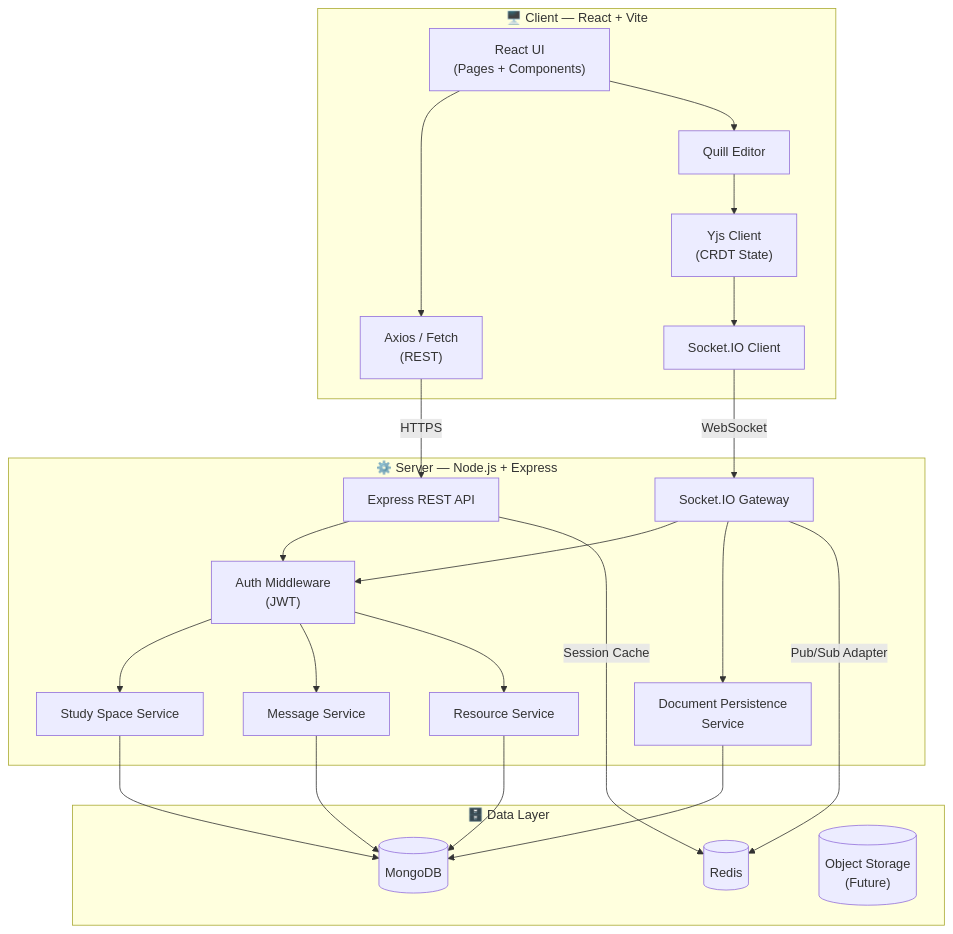
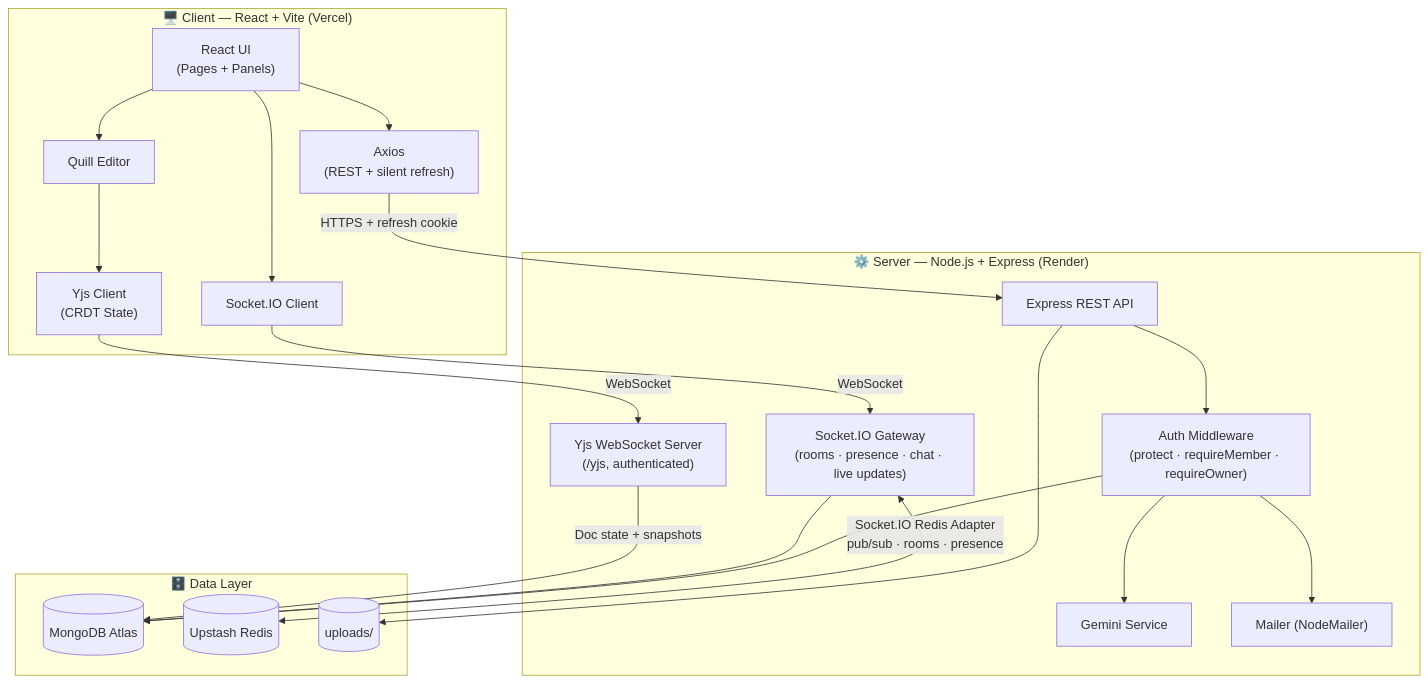
Before and after one commit to Priyansh9506/Hive: the first of 19 diagrams in README.md, drawn with Mermaid. The commit also changed other lines of this file and 52 other files, not shown here.

First line of the commit message:
feat: live updates, refresh-token sessions, app theming and responsive workspace

````diff
--- a/README.md
+++ b/README.md
@@ -127,49 +160,44 @@
 ```mermaid
 graph TB
-    subgraph Client["🖥️ Client — React + Vite"]
-        UI["React UI<br/>(Pages + Components)"]
+    subgraph Client["🖥️ Client — React + Vite (Vercel)"]
+        UI["React UI<br/>(Pages + Panels)"]
         QE["Quill Editor"]
         YC["Yjs Client<br/>(CRDT State)"]
         SC["Socket.IO Client"]
-        AX["Axios / Fetch<br/>(REST)"]
+        AX["Axios<br/>(REST + silent refresh)"]
     end
 
-    subgraph Server["⚙️ Server — Node.js + Express"]
+    subgraph Server["⚙️ Server — Node.js + Express (Render)"]
         REST["Express REST API"]
-        SIO["Socket.IO Gateway"]
-        AUTH["Auth Middleware<br/>(JWT)"]
-        SSS["Study Space Service"]
-        MSG["Message Service"]
-        RES["Resource Service"]
-        DOC["Document Persistence<br/>Service"]
+        AUTH["Auth Middleware<br/>(protect · requireMember · requireOwner)"]
+        SIO["Socket.IO Gateway<br/>(rooms · presence · chat · live updates)"]
+        YWS["Yjs WebSocket Server<br/>(/yjs, authenticated)"]
+        AIS["Gemini Service"]
+        MAIL["Mailer (NodeMailer)"]
     end
 
     subgraph Data["🗄️ Data Layer"]
-        MONGO[(MongoDB)]
-        REDIS[(Redis)]
-        OBJ[("Object Storage<br/>(Future)")]
+        MONGO[(MongoDB Atlas)]
+        REDIS[(Upstash Redis)]
+        DISK[("uploads/")]
     end
 
     UI --> AX
     UI --> QE
     QE --> YC
-    YC --> SC
+    UI --> SC
 
-    AX -->|HTTPS| REST
+    AX -->|HTTPS + refresh cookie| REST
     SC -->|WebSocket| SIO
+    YC -->|WebSocket| YWS
 
     REST --> AUTH
-    AUTH --> SSS
-    AUTH --> MSG
-    AUTH --> RES
-    SIO --> AUTH
-    SIO --> DOC
+    AUTH --> MONGO
+    AUTH --> AIS
+    AUTH --> MAIL
+    REST --> DISK
+    SIO --> MONGO
+    YWS -->|Doc state + snapshots| MONGO
 
-    SSS --> MONGO
-    MSG --> MONGO
-    RES --> MONGO
-    DOC --> MONGO
-
-    SIO -->|Pub/Sub Adapter| REDIS
-    REST -->|Session Cache| REDIS
+    SIO <-->|Socket.IO Redis Adapter<br/>pub/sub · rooms · presence| REDIS
 ```
````
